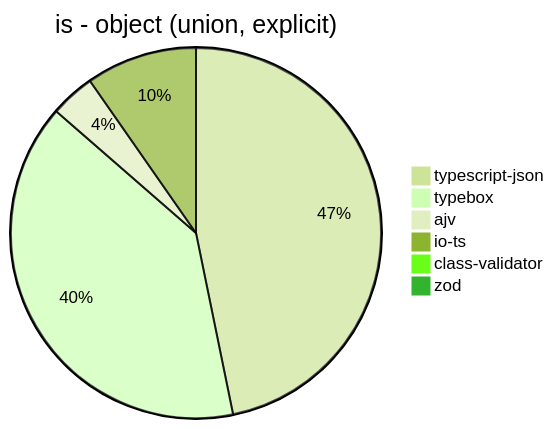
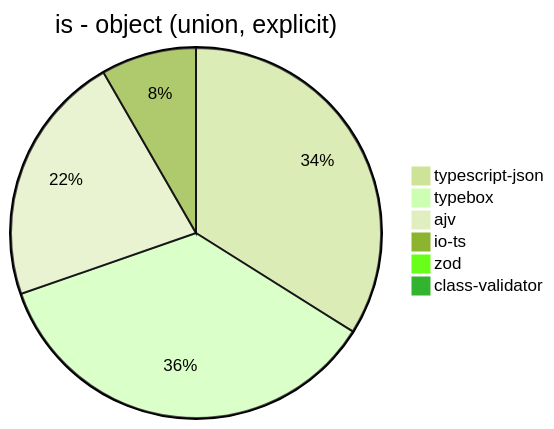
One commit to samchon/typia changed the third of 39 diagrams in benchmark/results/AMD Ryzen 9 5900HX with Radeon Graphics.md. Above: the diagram before and after it, drawn with Mermaid (forest theme). The commit also changed other lines of this file and 3 other files, not shown here.

````diff
--- a/benchmark/results/AMD Ryzen 9 5900HX with Radeon Graphics.md
+++ b/benchmark/results/AMD Ryzen 9 5900HX with Radeon Graphics.md
@@ -43,9 +43,9 @@
 ```mermaid
 pie title is - object (union, explicit)
-  "typescript-json": 16115.772119435795
-  "typebox": 13644.412191582003
-  "ajv": 1346.516355571983
-  "io-ts": 3337.4370453273646
-  "class-validator": 17.705643673921063
-  "zod": 35.31124863487441
+  "typescript-json": 13463.058572191561
+  "typebox": 14182.971680764987
+  "ajv": 8733.113069016152
+  "io-ts": 3302.195757350205
+  "zod": 36.66603666603666
+  "class-validator": 17.757009345794394
 ```
````
